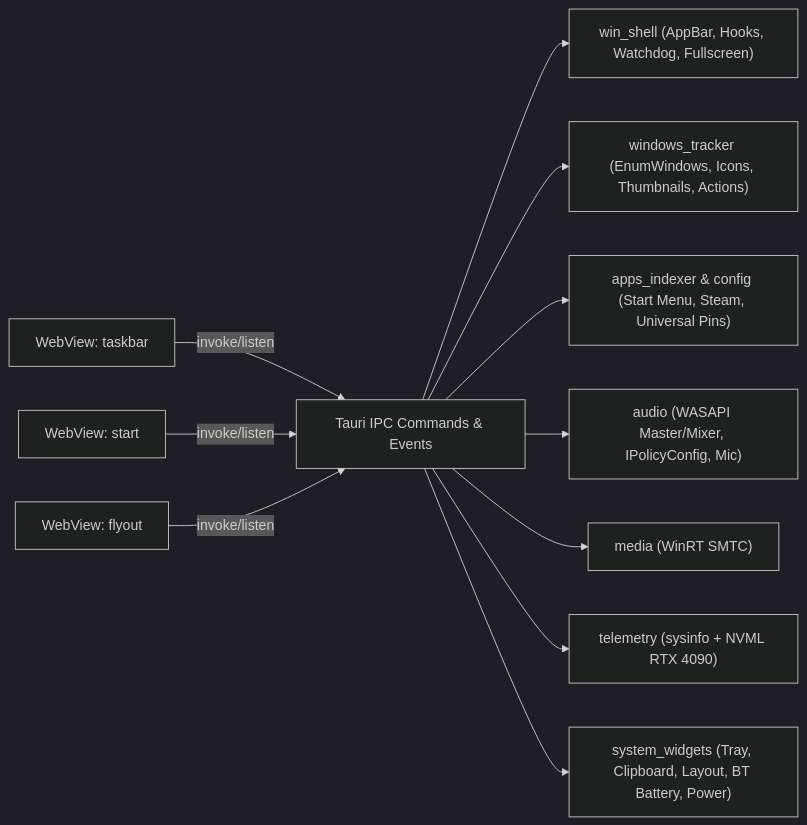
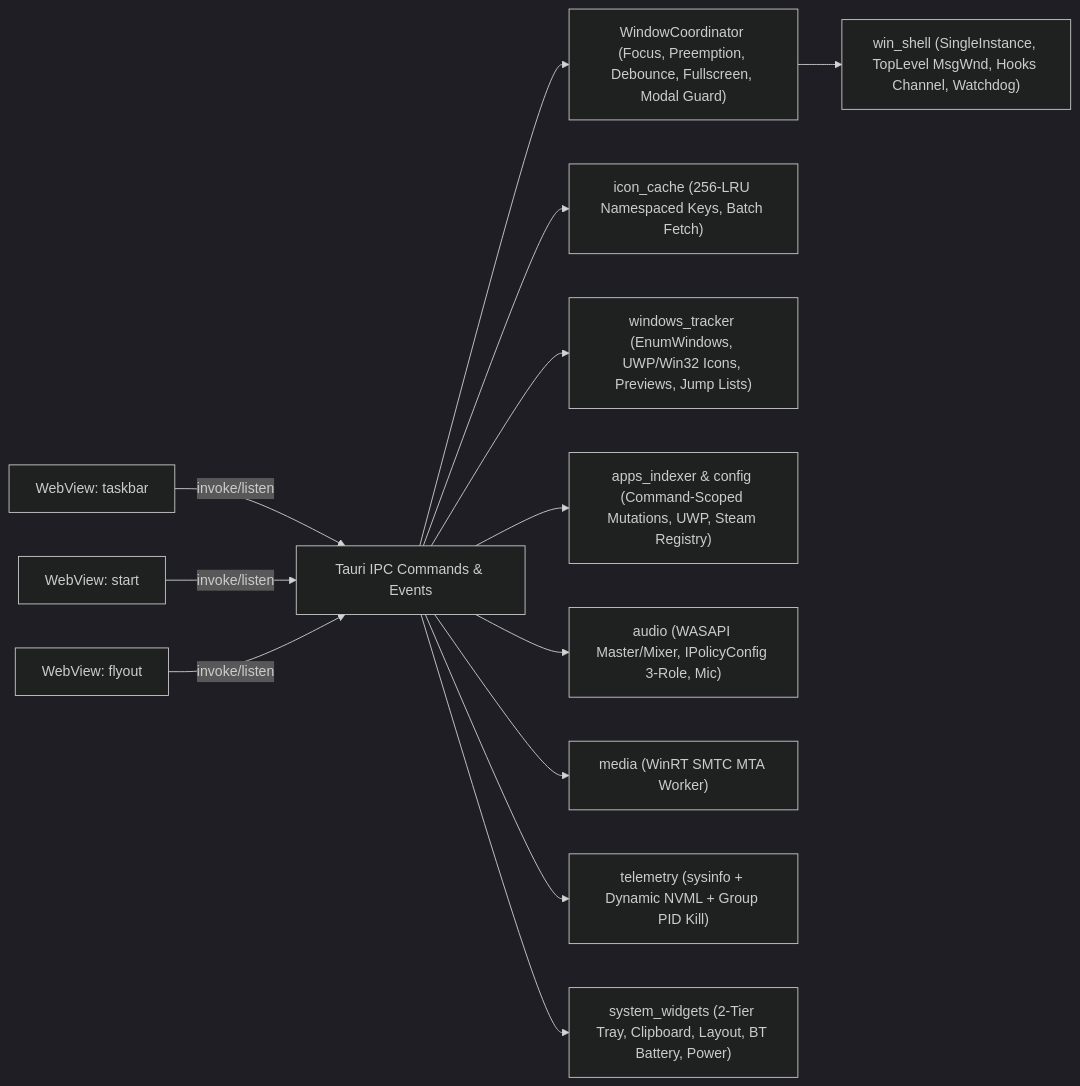
The diagram in _bmad-output/initiative-testbar/architecture-testbar/architecture-testbar.md (Suther1and/prismbar), drawn with Mermaid (dark theme) before and after one commit. The commit also changed other lines of this file and 3 other files, not shown here.

Commit message:
docs(bmad): finalize initiative spec and reviewed architecture spine

````diff
--- a/_bmad-output/initiative-testbar/architecture-testbar/architecture-testbar.md
+++ b/_bmad-output/initiative-testbar/architecture-testbar/architecture-testbar.md
@@ -29,13 +29,15 @@
 ```mermaid
 flowchart LR
   UI_Taskbar["WebView: taskbar"] -->|invoke/listen| IPC["Tauri IPC Commands & Events"]
   UI_Start["WebView: start"] -->|invoke/listen| IPC
   UI_Flyout["WebView: flyout"] -->|invoke/listen| IPC
-  IPC --> Shell["win_shell (AppBar, Hooks, Watchdog, Fullscreen)"]
-  IPC --> WinTrack["windows_tracker (EnumWindows, Icons, Thumbnails, Actions)"]
-  IPC --> Apps["apps_indexer & config (Start Menu, Steam, Universal Pins)"]
-  IPC --> Audio["audio (WASAPI Master/Mixer, IPolicyConfig, Mic)"]
-  IPC --> Media["media (WinRT SMTC)"]
-  IPC --> Telemetry["telemetry (sysinfo + NVML RTX 4090)"]
-  IPC --> Sys["system_widgets (Tray, Clipboard, Layout, BT Battery, Power)"]
+  IPC --> Coord["WindowCoordinator (Focus, Preemption, Debounce, Fullscreen, Modal Guard)"]
+  Coord --> Shell["win_shell (SingleInstance, TopLevel MsgWnd, Hooks Channel, Watchdog)"]
+  IPC --> Icons["icon_cache (256-LRU Namespaced Keys, Batch Fetch)"]
+  IPC --> WinTrack["windows_tracker (EnumWindows, UWP/Win32 Icons, Previews, Jump Lists)"]
+  IPC --> Apps["apps_indexer & config (Command-Scoped Mutations, UWP, Steam Registry)"]
+  IPC --> Audio["audio (WASAPI Master/Mixer, IPolicyConfig 3-Role, Mic)"]
+  IPC --> Media["media (WinRT SMTC MTA Worker)"]
+  IPC --> Telemetry["telemetry (sysinfo + Dynamic NVML + Group PID Kill)"]
+  IPC --> Sys["system_widgets (2-Tier Tray, Clipboard, Layout, BT Battery, Power)"]
 ```
````
